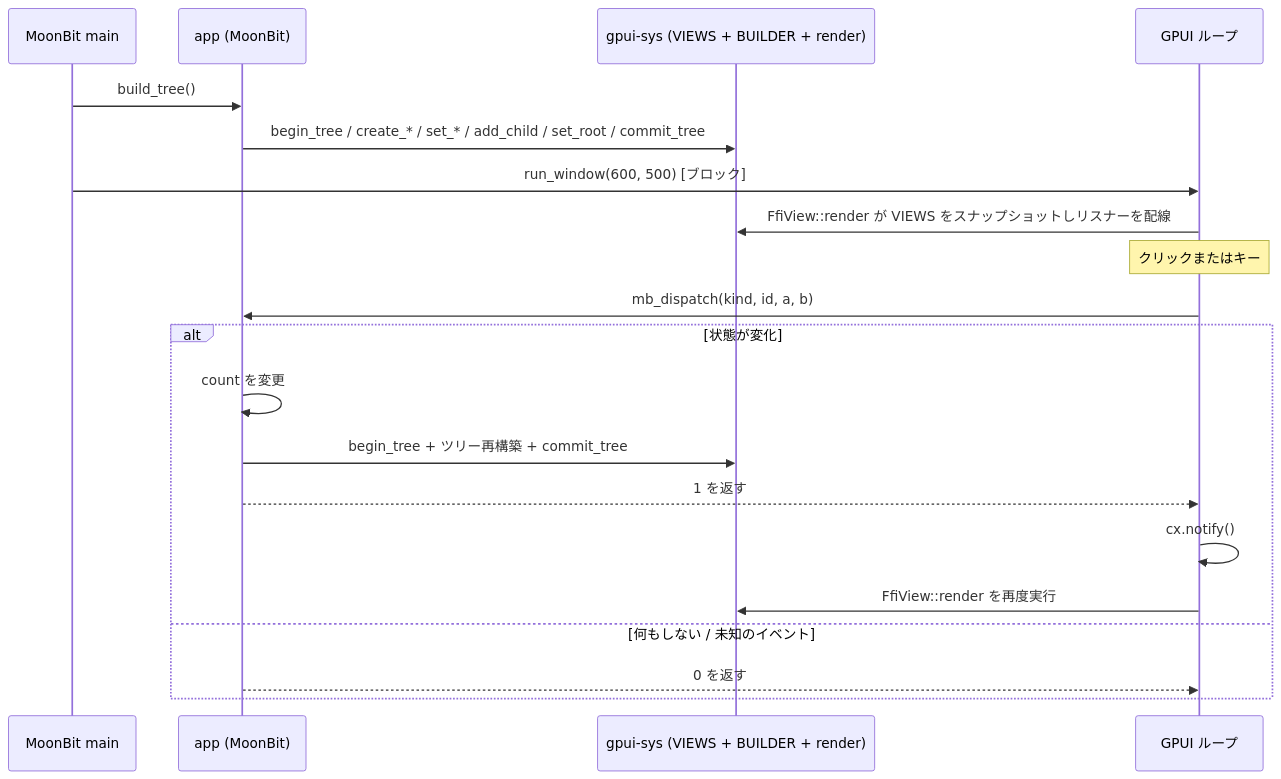
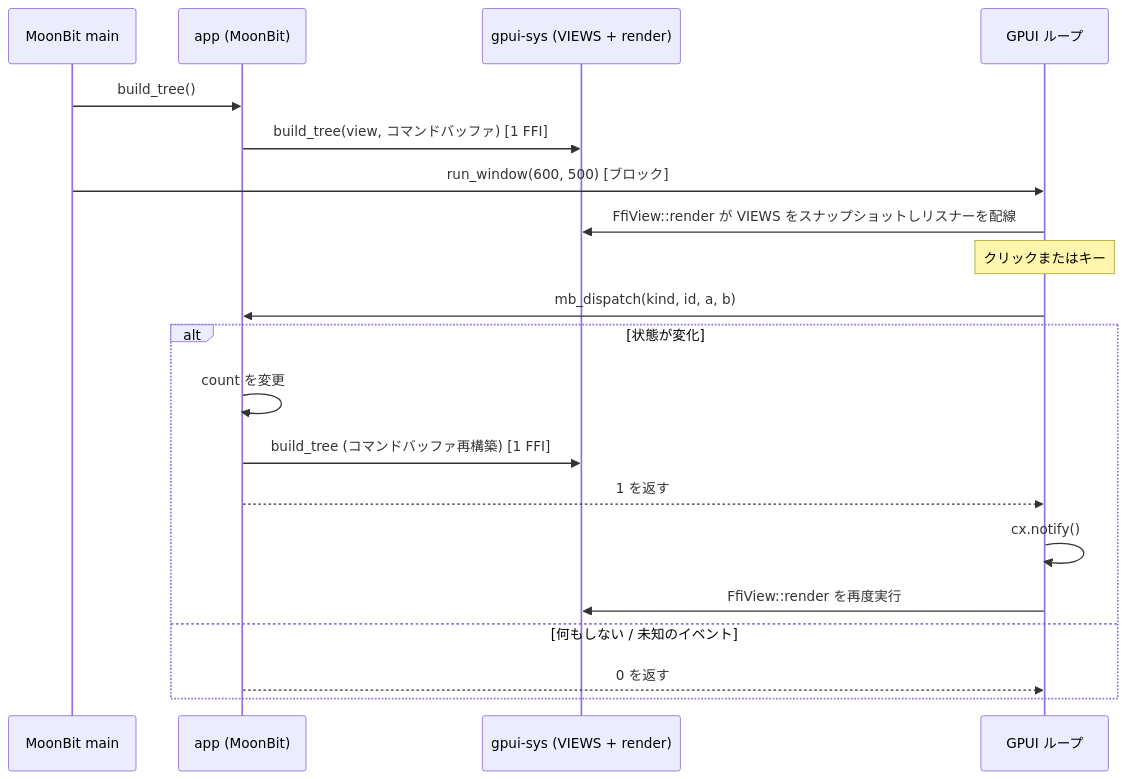
The diagram in docs/architecture.md (nakake/gpui-moonbit), drawn with Mermaid before and after one commit. The commit also changed other lines of this file and 9 other files, not shown here.

````diff
--- a/docs/architecture.md
+++ b/docs/architecture.md
@@ -95,22 +95,22 @@
 ```mermaid
 sequenceDiagram
   participant M as MoonBit main
   participant A as app (MoonBit)
-  participant S as gpui-sys (VIEWS + BUILDER + render)
+  participant S as gpui-sys (VIEWS + render)
   participant G as GPUI ループ
   M->>A: build_tree()
-  A->>S: begin_tree / create_* / set_* / add_child / set_root / commit_tree
+  A->>S: build_tree(view, コマンドバッファ) [1 FFI]
   M->>G: run_window(600, 500) [ブロック]
   G->>S: FfiView::render が VIEWS をスナップショットしリスナーを配線
   Note over G: クリックまたはキー
   G->>A: mb_dispatch(kind, id, a, b)
   alt 状態が変化
     A->>A: count を変更
-    A->>S: begin_tree + ツリー再構築 + commit_tree
+    A->>S: build_tree (コマンドバッファ再構築) [1 FFI]
     A-->>G: 1 を返す
     G->>G: cx.notify()
     G->>S: FfiView::render を再度実行
   else 何もしない / 未知のイベント
     A-->>G: 0 を返す
   end
 ```
````
